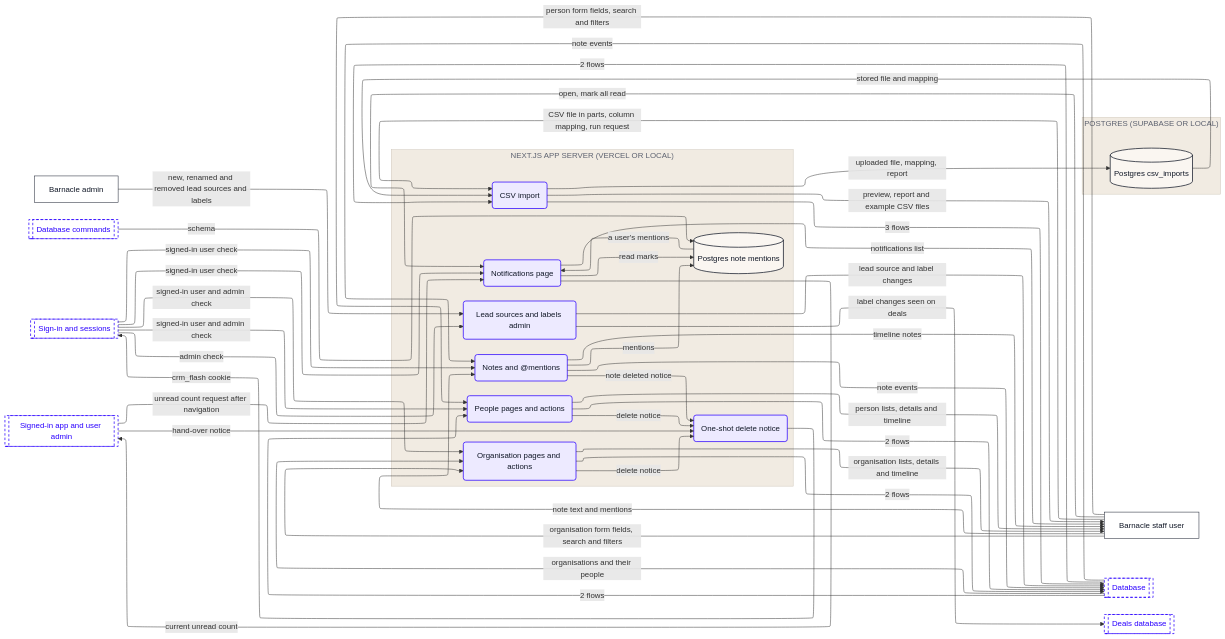
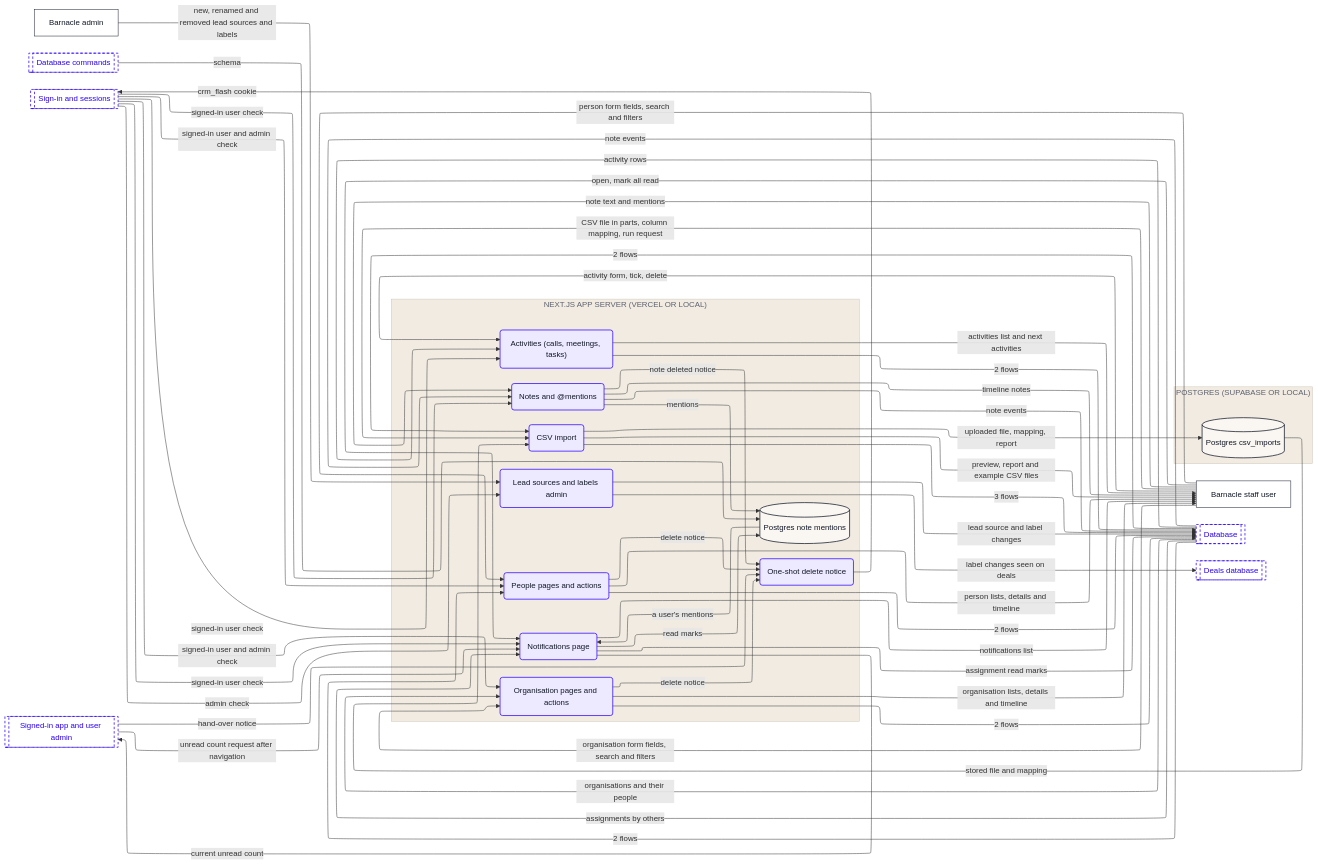
Before and after one commit to Romain-Perche/Barnacle-Pipe: the seventh of 10 diagrams in dataflow/DATAFLOW.md, drawn with Mermaid. The commit also changed other lines of this file and 12 other files, not shown here.

````diff
--- a/dataflow/DATAFLOW.md
+++ b/dataflow/DATAFLOW.md
@@ -352,62 +360,70 @@
     n1["Barnacle admin"]
     n2["Barnacle staff user"]
     subgraph z1["NEXT.JS APP SERVER (VERCEL OR LOCAL)"]
-        n3("Lead sources and labels admin")
-        n4("CSV import")
-        n5[("Postgres note mentions")]
-        n6("Notes and @mentions")
-        n7("Notifications page")
-        n8("Organisation pages and actions")
-        n9("People pages and actions")
-        n10("One-shot delete notice")
+        n3("Activities (calls, meetings, tasks)")
+        n4("Lead sources and labels admin")
+        n5("CSV import")
+        n6[("Postgres note mentions")]
+        n7("Notes and @mentions")
+        n8("Notifications page")
+        n9("Organisation pages and actions")
+        n10("People pages and actions")
+        n11("One-shot delete notice")
     end
     subgraph z2["POSTGRES (SUPABASE OR LOCAL)"]
-        n11[("Postgres csv_imports")]
+        n12[("Postgres csv_imports")]
     end
-    n12[["Database"]]
-    n13[["Database commands"]]
-    n14[["Deals database"]]
-    n15[["Sign-in and sessions"]]
-    n16[["Signed-in app and user admin"]]
-    n1 -->|"new, renamed and removed lead sources and labels"| n3
-    n16 -->|"unread count request after navigation"| n7
-    n3 -->|"lead source and label changes"| n12
-    n3 -->|"label changes seen on deals"| n14
-    n12 -->|"2 flows"| n4
-    n12 -->|"2 flows"| n9
-    n4 -->|"uploaded file, mapping, report"| n11
-    n4 -->|"3 flows"| n12
-    n4 -->|"preview, report and example CSV files"| n2
-    n11 -->|"stored file and mapping"| n4
-    n13 -->|"schema"| n5
-    n5 -->|"a user's mentions"| n7
-    n6 -->|"mentions"| n5
-    n6 -->|"note deleted notice"| n10
-    n6 -->|"timeline notes"| n2
-    n6 -->|"note events"| n12
-    n7 -->|"current unread count"| n16
-    n7 -->|"read marks"| n5
-    n7 -->|"notifications list"| n2
-    n8 -->|"2 flows"| n12
-    n8 -->|"delete notice"| n10
-    n8 -->|"organisation lists, details and timeline"| n2
-    n12 -->|"organisations and their people"| n8
-    n9 -->|"2 flows"| n12
-    n9 -->|"delete notice"| n10
-    n9 -->|"person lists, details and timeline"| n2
-    n10 -->|"crm_flash cookie"| n15
-    n15 -->|"admin check"| n3
-    n15 -->|"signed-in user check"| n6
-    n15 -->|"signed-in user check"| n7
-    n15 -->|"signed-in user and admin check"| n8
-    n15 -->|"signed-in user and admin check"| n9
-    n2 -->|"CSV file in parts, column mapping, run request"| n4
-    n2 -->|"note text and mentions"| n6
-    n2 -->|"open, mark all read"| n7
-    n2 -->|"organisation form fields, search and filters"| n8
-    n2 -->|"person form fields, search and filters"| n9
-    n12 -->|"note events"| n6
-    n16 -->|"hand-over notice"| n10
+    n13[["Database"]]
+    n14[["Database commands"]]
+    n15[["Deals database"]]
+    n16[["Sign-in and sessions"]]
+    n17[["Signed-in app and user admin"]]
+    n3 -->|"2 flows"| n13
+    n3 -->|"activities list and next activities"| n2
+    n13 -->|"activity rows"| n3
+    n13 -->|"assignments by others"| n8
+    n1 -->|"new, renamed and removed lead sources and labels"| n4
+    n17 -->|"unread count request after navigation"| n8
+    n4 -->|"lead source and label changes"| n13
+    n4 -->|"label changes seen on deals"| n15
+    n13 -->|"2 flows"| n5
+    n13 -->|"2 flows"| n10
+    n5 -->|"uploaded file, mapping, report"| n12
+    n5 -->|"3 flows"| n13
+    n5 -->|"preview, report and example CSV files"| n2
+    n12 -->|"stored file and mapping"| n5
+    n14 -->|"schema"| n6
+    n6 -->|"a user's mentions"| n8
+    n7 -->|"mentions"| n6
+    n7 -->|"note deleted notice"| n11
+    n7 -->|"timeline notes"| n2
+    n7 -->|"note events"| n13
+    n8 -->|"assignment read marks"| n13
+    n8 -->|"current unread count"| n17
+    n8 -->|"read marks"| n6
+    n8 -->|"notifications list"| n2
+    n9 -->|"2 flows"| n13
+    n9 -->|"delete notice"| n11
+    n9 -->|"organisation lists, details and timeline"| n2
+    n13 -->|"organisations and their people"| n9
+    n10 -->|"2 flows"| n13
+    n10 -->|"delete notice"| n11
+    n10 -->|"person lists, details and timeline"| n2
+    n11 -->|"crm_flash cookie"| n16
+    n16 -->|"signed-in user check"| n3
+    n16 -->|"admin check"| n4
+    n16 -->|"signed-in user check"| n7
+    n16 -->|"signed-in user check"| n8
+    n16 -->|"signed-in user and admin check"| n9
+    n16 -->|"signed-in user and admin check"| n10
+    n2 -->|"activity form, tick, delete"| n3
+    n2 -->|"CSV file in parts, column mapping, run request"| n5
+    n2 -->|"note text and mentions"| n7
+    n2 -->|"open, mark all read"| n8
+    n2 -->|"organisation form fields, search and filters"| n9
+    n2 -->|"person form fields, search and filters"| n10
+    n13 -->|"note events"| n7
+    n17 -->|"hand-over notice"| n11
     classDef actor fill:#FFFFFF,stroke:#111827,stroke-width:1px,color:#111827
     classDef process fill:#EDEAFF,stroke:#2B00FF,stroke-width:1.5px,color:#111827
     classDef store fill:#FAF6F1,stroke:#111827,stroke-width:1.5px,color:#111827
@@ -415,9 +431,9 @@
     classDef group fill:#2B00FF,stroke:#2B00FF,color:#FFFFFF
     classDef stub fill:#FFFFFF,stroke:#2B00FF,stroke-width:1.5px,stroke-dasharray:5 4,color:#2B00FF
     class n1,n2 actor
-    class n3,n4,n6,n7,n8,n9,n10 process
-    class n5,n11 store
-    class n12,n13,n14,n15,n16 stub
+    class n3,n4,n5,n7,n8,n9,n10,n11 process
+    class n6,n12 store
+    class n13,n14,n15,n16,n17 stub
     style z1 fill:#F1EBE2,stroke:#CFC7BB,color:#5D6270
     style z2 fill:#F1EBE2,stroke:#CFC7BB,color:#5D6270
 ```
````
